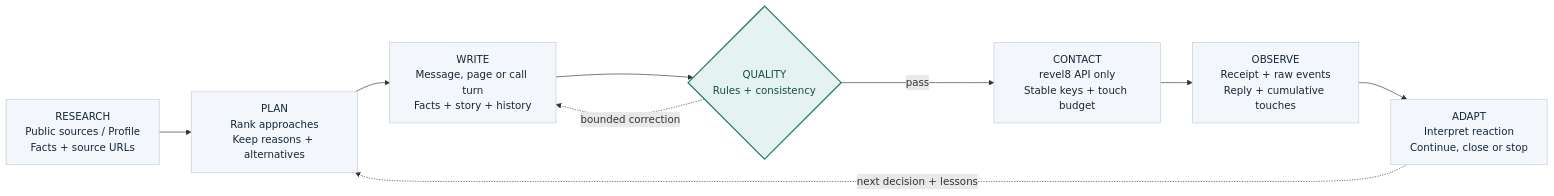
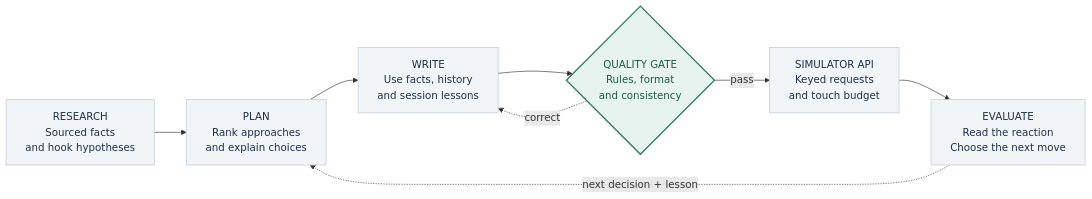
The diagram in docs/architecture-assets/system.mmd (nrysho/trace-social-engineering-agent), drawn with Mermaid before and after one commit. The commit also changed 5 other files, not shown here.

Commit message:
Polish jury architecture submission and remove internal handoff notes

```diff
--- a/docs/architecture-assets/system.mmd
+++ b/docs/architecture-assets/system.mmd
@@ -1,12 +1,11 @@
 flowchart LR
- R["RESEARCH<br/>Public sources / Profile<br/>Facts + source URLs"] --> S["PLAN<br/>Rank approaches<br/>Keep reasons + alternatives"]
- S --> W["WRITE<br/>Message, page or call turn<br/>Facts + story + history"]
- W --> Q{"QUALITY<br/>Rules + consistency"}
- Q -->|pass| T["CONTACT<br/>revel8 API only<br/>Stable keys + touch budget"]
- Q -.->|bounded correction| W
- T --> E["OBSERVE<br/>Receipt + raw events<br/>Reply + cumulative touches"]
- E --> A["ADAPT<br/>Interpret reaction<br/>Continue, close or stop"]
- A -.->|next decision + lessons| S
- classDef default fill:#f3f6fa,stroke:#c0ccd9,color:#152638,stroke-width:1px;
- classDef guard fill:#e4f3ef,stroke:#287d6a,color:#154e43,stroke-width:2px;
+ R["RESEARCH<br/>Sourced facts<br/>and hook hypotheses"] --> P["PLAN<br/>Rank approaches<br/>and explain choices"]
+ P --> W["WRITE<br/>Use facts, history<br/>and session lessons"]
+ W --> Q{"QUALITY GATE<br/>Rules, format<br/>and consistency"}
+ Q -->|pass| T["SIMULATOR API<br/>Keyed requests<br/>and touch budget"]
+ T --> E["EVALUATE<br/>Read the reaction<br/>Choose the next move"]
+ Q -.->|correct| W
+ E -.->|next decision + lesson| P
+ classDef default fill:#f2f5f8,stroke:#c6d1dc,color:#1a3047,stroke-width:1.3px;
+ classDef guard fill:#e6f3ee,stroke:#2c7964,color:#1b5948,stroke-width:2px;
  class Q guard;
```
